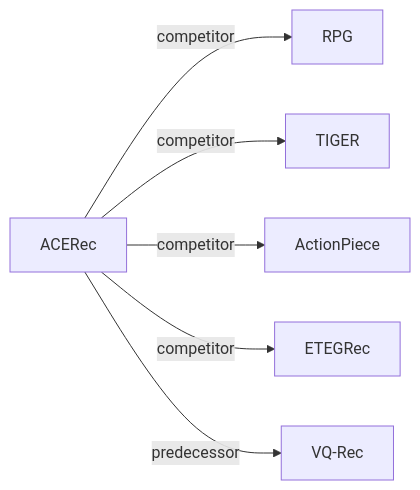
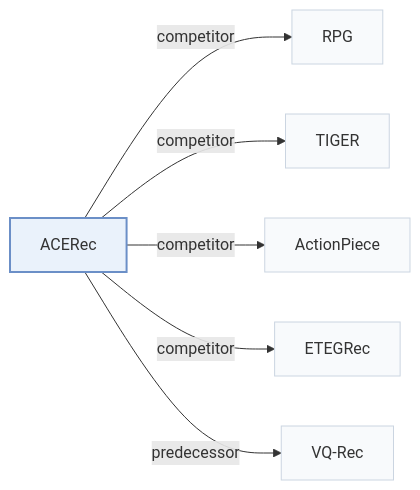
One commit to Galaxy-ghost/Awesome-SID-Generative-Rec changed the second of 2 diagrams in pages/papers/acerec.md. Above: the diagram before and after it, drawn with Mermaid. The commit also changed other lines of this file and 649 other files, not shown here.

Commit message:
writer-05: also tags and modality index (schema, check, build, visuals); summary field removed; calibration data for 12 papers

````diff
--- a/pages/papers/acerec.md
+++ b/pages/papers/acerec.md
@@ -67,9 +76,13 @@
 ```mermaid
 flowchart LR
     P["ACERec"]
-    P -->|competitor| A["RPG"]
-    P -->|competitor| B["TIGER"]
-    P -->|competitor| C["ActionPiece"]
-    P -->|competitor| D["ETEGRec"]
-    P -->|predecessor| E["VQ-Rec"]
+    P -->|"competitor"| A["RPG"]
+    P -->|"competitor"| B["TIGER"]
+    P -->|"competitor"| C["ActionPiece"]
+    P -->|"competitor"| D["ETEGRec"]
+    P -->|"predecessor"| E["VQ-Rec"]
+    classDef main fill:#eaf2fb,stroke:#6b8fc7,stroke-width:2px
+    classDef peer fill:#f8fafc,stroke:#cbd5e1
+    class P main
+    class A,B,C,D,E peer
 ```
````
